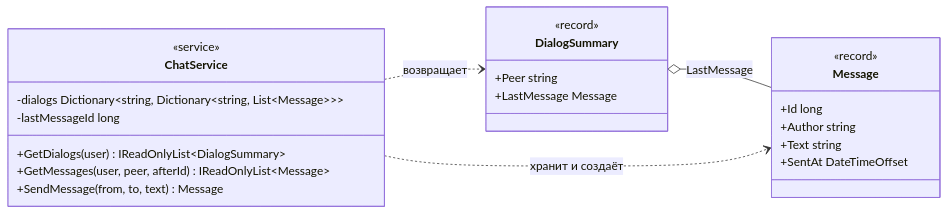
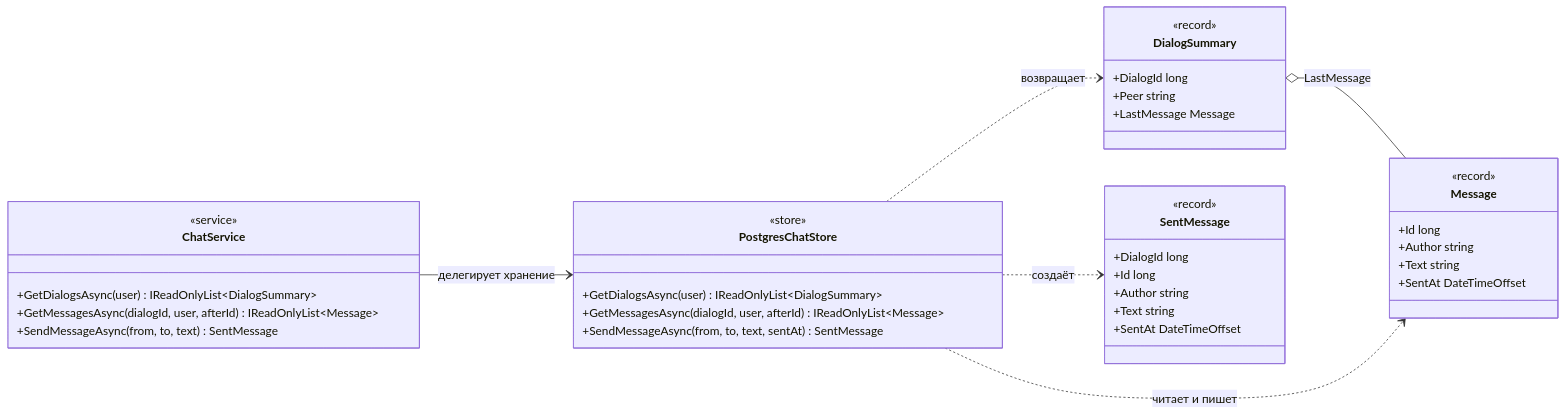
Before and after one commit to is-aidd-26/plain-old-messenger: the diagram in docs/architecture/4-code.md, drawn with Mermaid. The commit also changed other lines of this file and 23 other files, not shown here.

Commit message:
Реализовал хранение чатов и сообщений в Postgres

````diff
--- a/docs/architecture/4-code.md
+++ b/docs/architecture/4-code.md
@@ -5,28 +5,43 @@
 ```mermaid
 classDiagram
     direction LR
     class ChatService {
         <<service>>
-        -dialogs Dictionary&lt;string, Dictionary&lt;string, List&lt;Message&gt;&gt;&gt;
-        -lastMessageId long
-        +GetDialogs(user) IReadOnlyList~DialogSummary~
-        +GetMessages(user, peer, afterId) IReadOnlyList~Message~
-        +SendMessage(from, to, text) Message
+        +GetDialogsAsync(user) IReadOnlyList~DialogSummary~
+        +GetMessagesAsync(dialogId, user, afterId) IReadOnlyList~Message~
+        +SendMessageAsync(from, to, text) SentMessage
+    }
+    class PostgresChatStore {
+        <<store>>
+        +GetDialogsAsync(user) IReadOnlyList~DialogSummary~
+        +GetMessagesAsync(dialogId, user, afterId) IReadOnlyList~Message~
+        +SendMessageAsync(from, to, text, sentAt) SentMessage
     }
     class Message {
         <<record>>
         +Id long
         +Author string
         +Text string
         +SentAt DateTimeOffset
     }
     class DialogSummary {
         <<record>>
+        +DialogId long
         +Peer string
         +LastMessage Message
     }
+    class SentMessage {
+        <<record>>
+        +DialogId long
+        +Id long
+        +Author string
+        +Text string
+        +SentAt DateTimeOffset
+    }
 
     DialogSummary o-- Message : LastMessage
-    ChatService ..> Message : хранит и создаёт
-    ChatService ..> DialogSummary : возвращает
+    ChatService --> PostgresChatStore : делегирует хранение
+    PostgresChatStore ..> Message : читает и пишет
+    PostgresChatStore ..> DialogSummary : возвращает
+    PostgresChatStore ..> SentMessage : создаёт
 ```
````
